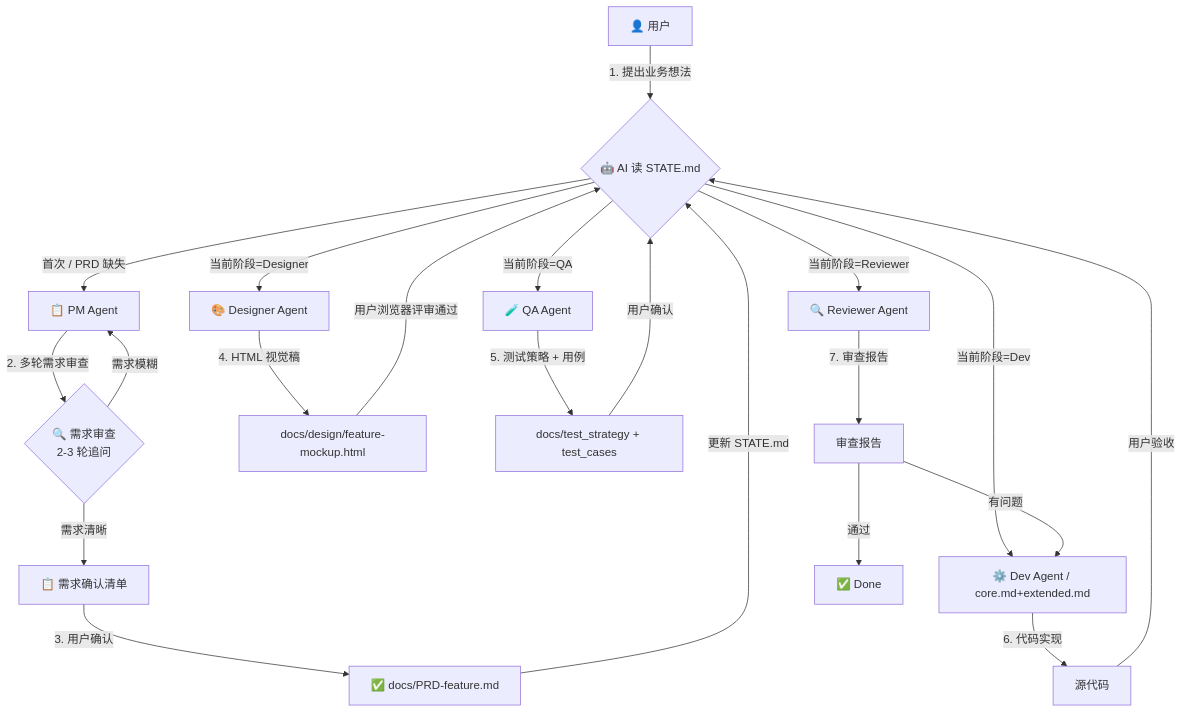
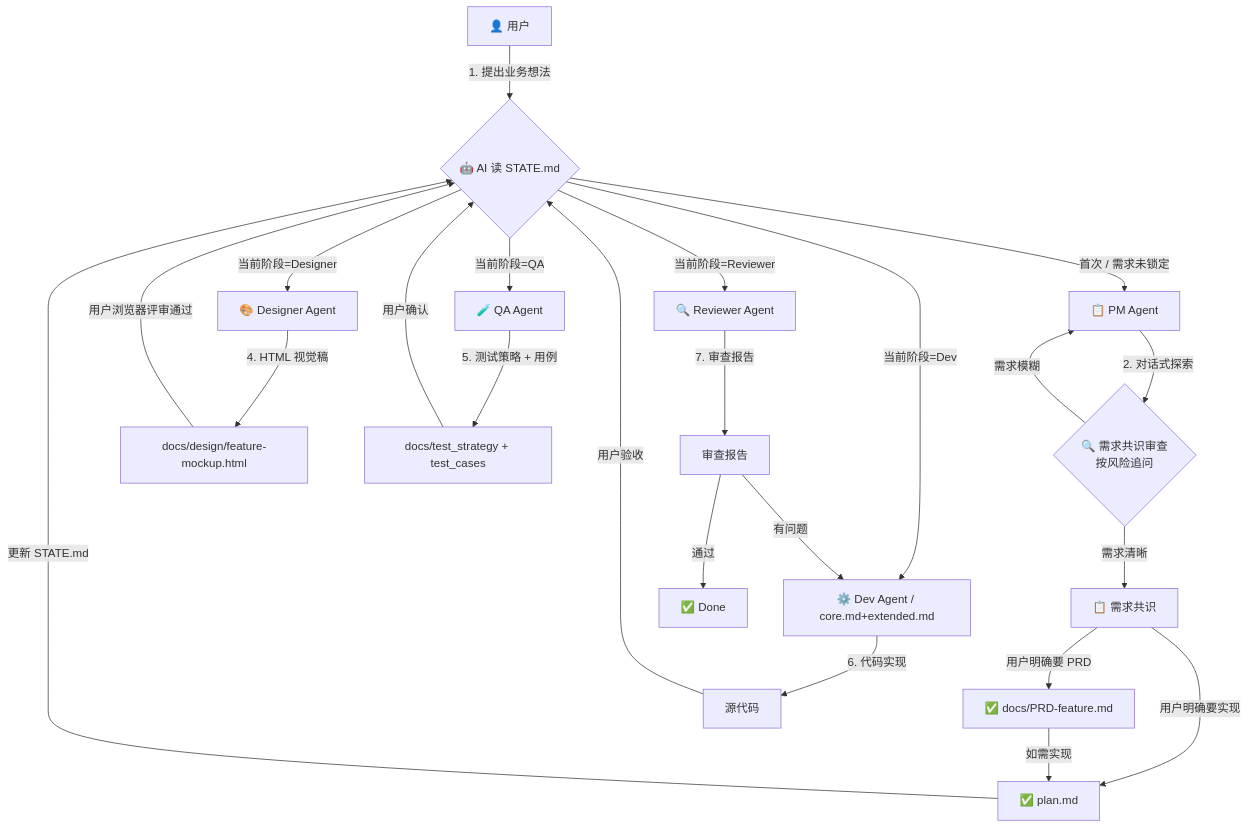
The diagram in rules/roles/orchestration.md (MickMi/mick_harness_rules), drawn with Mermaid before and after one commit. The commit also changed other lines of this file and 4 other files, not shown here.

````diff
--- a/rules/roles/orchestration.md
+++ b/rules/roles/orchestration.md
@@ -51,27 +51,29 @@
 ```mermaid
 flowchart TD
     User[👤 用户] -->|1. 提出业务想法| AI{🤖 AI 读 STATE.md}
-    AI -->|首次 / PRD 缺失| PM[📋 PM Agent]
-    PM -->|2. 多轮需求审查| Review{🔍 需求审查\n2-3 轮追问}
+    AI -->|首次 / 需求未锁定| PM[📋 PM Agent]
+    PM -->|2. 对话式探索| Review{🔍 需求共识审查\n按风险追问}
     Review -->|需求模糊| PM
-    Review -->|需求清晰| Checklist[📋 需求确认清单]
-    Checklist -->|3. 用户确认| PRD[✅ docs/PRD-feature.md]
-    PRD -->|更新 STATE.md| AI
+    Review -->|需求清晰| Consensus[📋 需求共识]
+    Consensus -->|用户明确要 PRD| PRD[✅ docs/PRD-feature.md]
+    Consensus -->|用户明确要实现| Plan[✅ plan.md]
+    PRD -->|如需实现| Plan
+    Plan -->|更新 STATE.md| AI
 
     AI -->|当前阶段=Designer| Designer[🎨 Designer Agent]
     Designer -->|4. HTML 视觉稿| Mockup[docs/design/feature-mockup.html]
     Mockup -->|用户浏览器评审通过| AI
 
     AI -->|当前阶段=QA| QA[🧪 QA Agent]
     QA -->|5. 测试策略 + 用例| TestDocs[docs/test_strategy + test_cases]
     TestDocs -->|用户确认| AI
 
     AI -->|当前阶段=Dev| Dev[⚙️ Dev Agent / core.md+extended.md]
     Dev -->|6. 代码实现| Code[源代码]
     Code -->|用户验收| AI
 
     AI -->|当前阶段=Reviewer| Reviewer[🔍 Reviewer Agent]
     Reviewer -->|7. 审查报告| Report[审查报告]
     Report -->|有问题| Dev
     Report -->|通过| Done[✅ Done]
 ```
````
